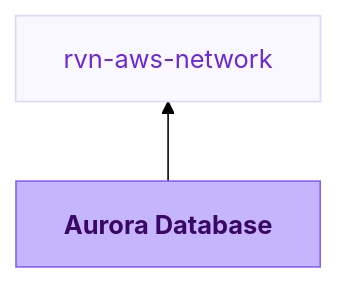
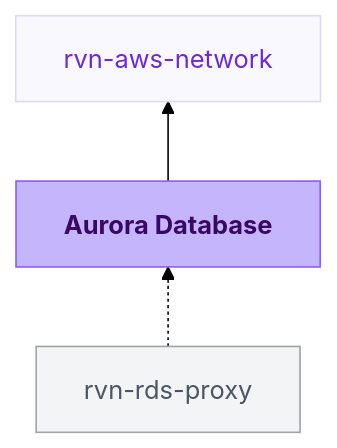
One commit to flightcontrolhq/docs changed the diagram in module-definitions/catalog/rvn-aurora.mdx. Above: the diagram before and after it, drawn with Mermaid (forest theme). The commit also changed other lines of this file and 5 other files, not shown here.

Commit message:
chore: sync module catalog docs

````diff
--- a/module-definitions/catalog/rvn-aurora.mdx
+++ b/module-definitions/catalog/rvn-aurora.mdx
@@ -16,14 +16,17 @@
 ```mermaid
 flowchart BT
-  rvn_aurora["<strong>Aurora Database</strong>"] --> rvn_aws_network["rvn-aws-network"]
+  rvn_rds_proxy["rvn-rds-proxy"] -.-> rvn_aurora["<strong>Aurora Database</strong>"]
+  rvn_aurora --> rvn_aws_network["rvn-aws-network"]
 
   class rvn_aurora current
   class rvn_aws_network dependency
+  class rvn_rds_proxy consumer
 
   classDef current fill:#C4B5FD,stroke:#8B5CF6,color:#3B0764
   classDef dependency fill:#FAF8FF,stroke:#DDD6FE,color:#6D28D9
   classDef consumer fill:#F3F4F6,stroke:#9CA3AF,color:#4B5563
   classDef upstream fill:#F8FAFC,stroke:#CBD5E1,color:#94A3B8
 
+  click rvn_rds_proxy "/module-definitions/catalog/rvn-rds-proxy" "Open rvn-rds-proxy docs"
   click rvn_aws_network "/module-definitions/catalog/rvn-aws-network" "Open rvn-aws-network docs"
 ```
````
